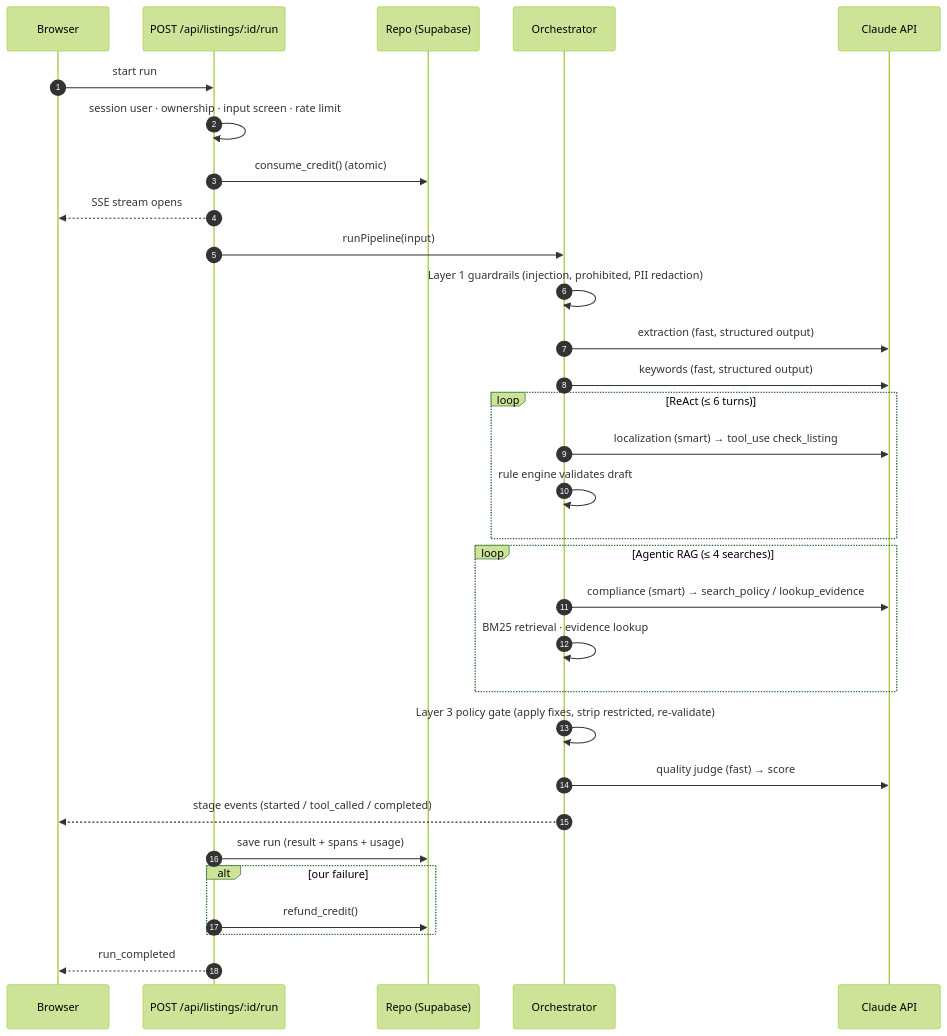
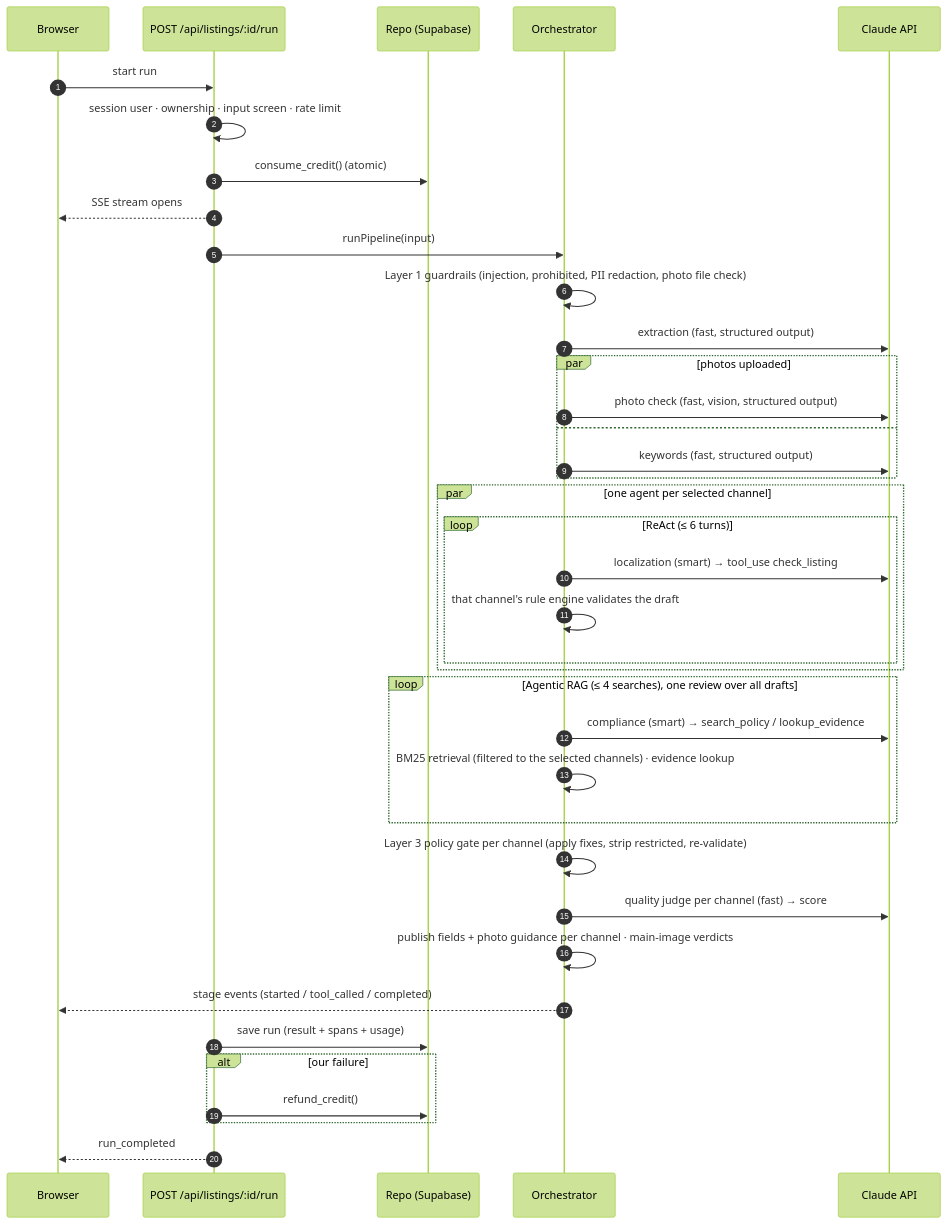
The second of 3 diagrams in docs/ARCHITECTURE.md (heruis/ecommerce-agent), drawn with Mermaid (forest theme) before and after one commit. The commit also changed other lines of this file and 17 other files, not shown here.

````diff
--- a/docs/ARCHITECTURE.md
+++ b/docs/ARCHITECTURE.md
@@ -51,34 +53,41 @@
 ```mermaid
 sequenceDiagram
   autonumber
   participant B as Browser
   participant R as POST /api/listings/:id/run
   participant DB as Repo (Supabase)
   participant O as Orchestrator
   participant C as Claude API
 
   B->>R: start run
   R->>R: session user · ownership · input screen · rate limit
   R->>DB: consume_credit() (atomic)
   R-->>B: SSE stream opens
   R->>O: runPipeline(input)
-  O->>O: Layer 1 guardrails (injection, prohibited, PII redaction)
+  O->>O: Layer 1 guardrails (injection, prohibited, PII redaction, photo file check)
   O->>C: extraction (fast, structured output)
-  O->>C: keywords (fast, structured output)
-  loop ReAct (≤ 6 turns)
-    O->>C: localization (smart) → tool_use check_listing
-    O->>O: rule engine validates draft
+  par photos uploaded
+    O->>C: photo check (fast, vision, structured output)
+  and
+    O->>C: keywords (fast, structured output)
   end
-  loop Agentic RAG (≤ 4 searches)
+  par one agent per selected channel
+    loop ReAct (≤ 6 turns)
+      O->>C: localization (smart) → tool_use check_listing
+      O->>O: that channel's rule engine validates the draft
+    end
+  end
+  loop Agentic RAG (≤ 4 searches), one review over all drafts
     O->>C: compliance (smart) → search_policy / lookup_evidence
-    O->>O: BM25 retrieval · evidence lookup
+    O->>O: BM25 retrieval (filtered to the selected channels) · evidence lookup
   end
-  O->>O: Layer 3 policy gate (apply fixes, strip restricted, re-validate)
-  O->>C: quality judge (fast) → score
+  O->>O: Layer 3 policy gate per channel (apply fixes, strip restricted, re-validate)
+  O->>C: quality judge per channel (fast) → score
+  O->>O: publish fields + photo guidance per channel · main-image verdicts
   O-->>B: stage events (started / tool_called / completed)
   R->>DB: save run (result + spans + usage)
   alt our failure
     R->>DB: refund_credit()
   end
   R-->>B: run_completed
 ```
````
